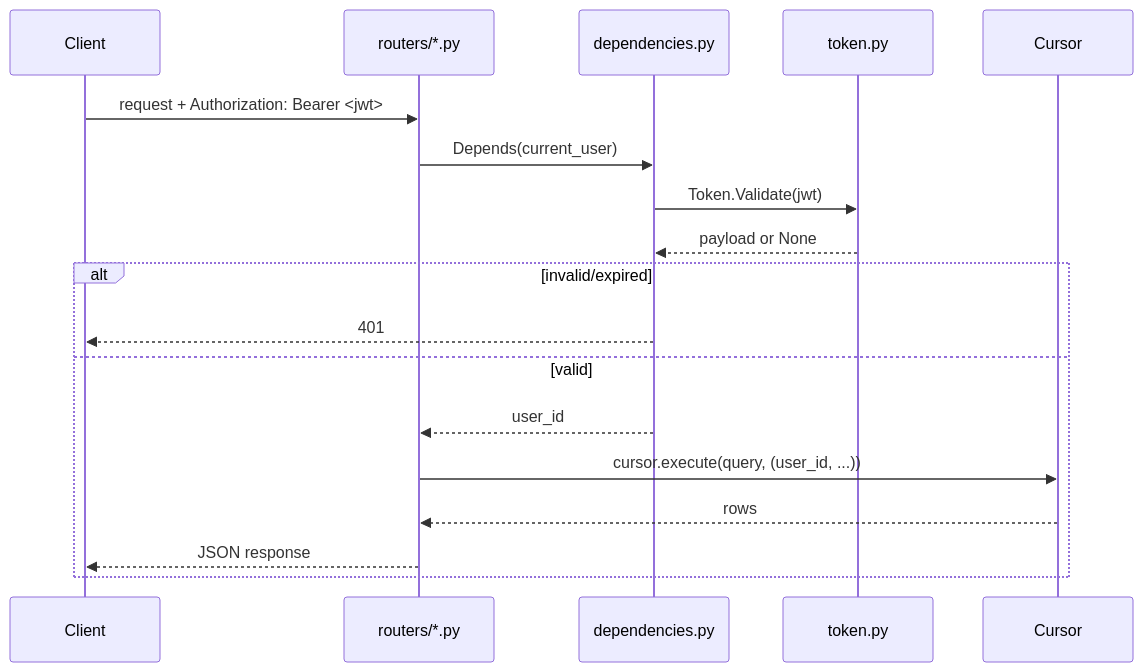
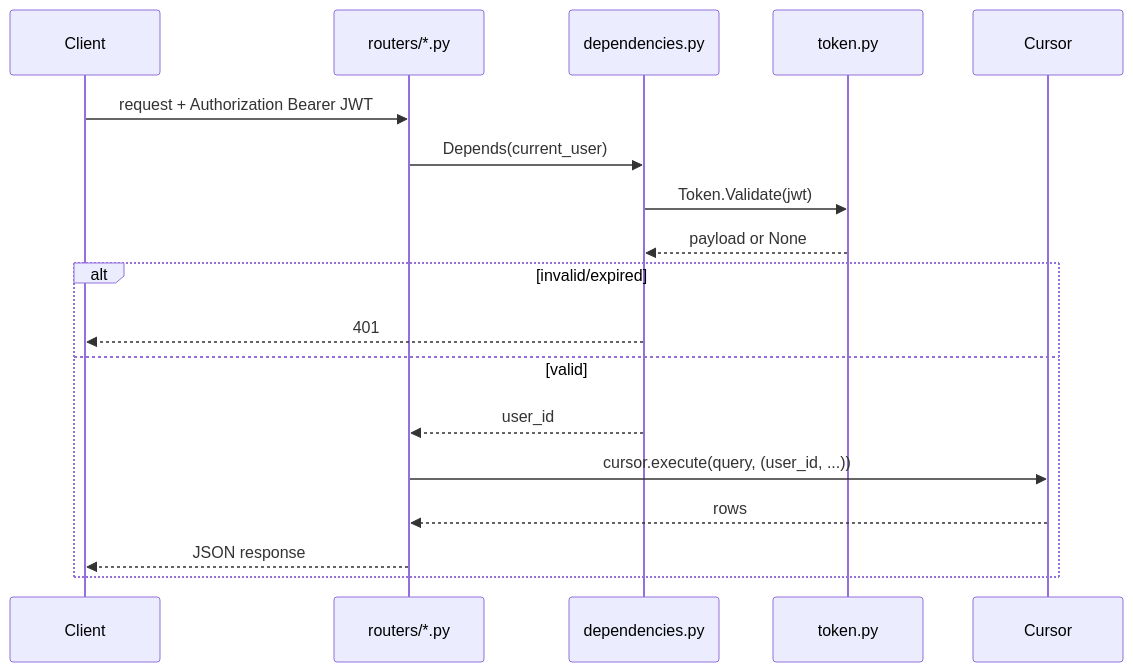
The second of 2 diagrams in docs/en/backend/architecture.md (skellent/iOS-compiler), drawn with Mermaid before and after one commit. The commit also changed 9 other files, not shown here.

Commit message:
Mermaid Fix

````diff
--- a/docs/en/backend/architecture.md
+++ b/docs/en/backend/architecture.md
@@ -38,21 +38,21 @@
 ```mermaid
 sequenceDiagram
     participant Client
     participant Router as routers/*.py
     participant Dep as dependencies.py
     participant Token as token.py
     participant DB as Cursor
 
-    Client->>Router: request + Authorization: Bearer <jwt>
+    Client->>Router: request + Authorization Bearer JWT
     Router->>Dep: Depends(current_user)
     Dep->>Token: Token.Validate(jwt)
     Token-->>Dep: payload or None
     alt invalid/expired
         Dep-->>Client: 401
     else valid
         Dep-->>Router: user_id
         Router->>DB: cursor.execute(query, (user_id, ...))
         DB-->>Router: rows
         Router-->>Client: JSON response
     end
 ```
````
